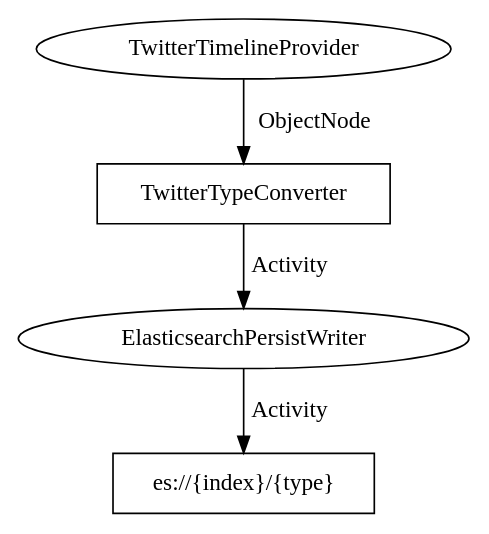
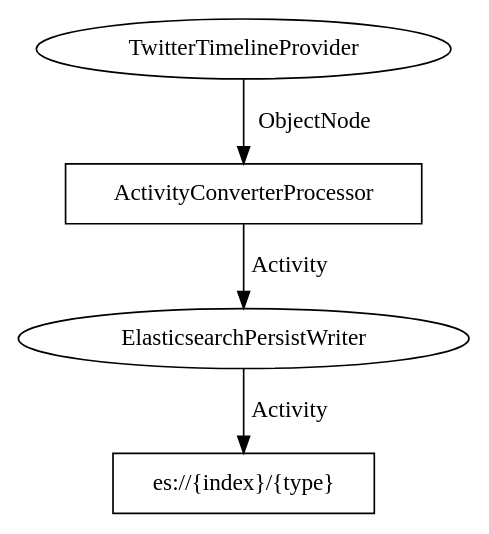
One commit to apache/streams-examples changed the diagram in local/twitter-history-elasticsearch/src/main/resources/TwitterHistoryElasticsearch.dot. Above: the diagram before and after it, drawn with Graphviz. The commit also changed 5 other files, not shown here.

Commit message:
clean up documentation switch to ActivityConverterProcessor confirmed working

```diff
--- a/local/twitter-history-elasticsearch/src/main/resources/TwitterHistoryElasticsearch.dot
+++ b/local/twitter-history-elasticsearch/src/main/resources/TwitterHistoryElasticsearch.dot
@@ -1,21 +1,21 @@
 digraph g {
 
   //providers
   TwitterTimelineProvider [label="TwitterTimelineProvider",shape=ellipse,URL="https://github.com/apache/incubator-streams/blob/master/streams-contrib/streams-provider-twitter/src/main/java/org/apache/streams/twitter/provider/TwitterTimelineProvider.java"];
 
   //processors
-  TwitterTypeConverter [label="TwitterTypeConverter",shape=box,URL="https://github.com/apache/incubator-streams/blob/master/streams-contrib/streams-provider-twitter/src/main/java/org/apache/streams/twitter/processor/TwitterTypeConverter.java"];
+  ActivityConverterProcessor [label="ActivityConverterProcessor",shape=box,URL="https://github.com/apache/incubator-streams/blob/master/streams-components/streams-converters/src/main/java/org/apache/streams/converter/ActivityConverterProcessor.java"];
   
   //persisters
   ElasticsearchPersistWriter [label="ElasticsearchPersistWriter",shape=ellipse,URL="https://github.com/apache/incubator-streams/blob/master/streams-contrib/streams-persist-elasticsearch/src/main/java/org/apache/streams/elasticsearch/ElasticsearchPersistWriter.java"];
   
   //data
   es [label="es://{index}/{type}",shape=box];
   
   //stream
-  TwitterTimelineProvider -> TwitterTypeConverter [label="ObjectNode"];
-  TwitterTypeConverter -> ElasticsearchPersistWriter [label="Activity",URL="https://github.com/apache/incubator-streams/blob/master/streams-pojo/src/main/jsonschema/org/apache/streams/pojo/json/activity.json"];
+  TwitterTimelineProvider -> ActivityConverterProcessor [label="ObjectNode"];
+  ActivityConverterProcessor -> ElasticsearchPersistWriter [label="Activity",URL="https://github.com/apache/incubator-streams/blob/master/streams-pojo/src/main/jsonschema/org/apache/streams/pojo/json/activity.json"];
   
   ElasticsearchPersistWriter -> es [label="Activity",URL="https://github.com/apache/incubator-streams/blob/master/streams-pojo/src/main/jsonschema/org/apache/streams/pojo/json/activity.json"];
   
 }
```
